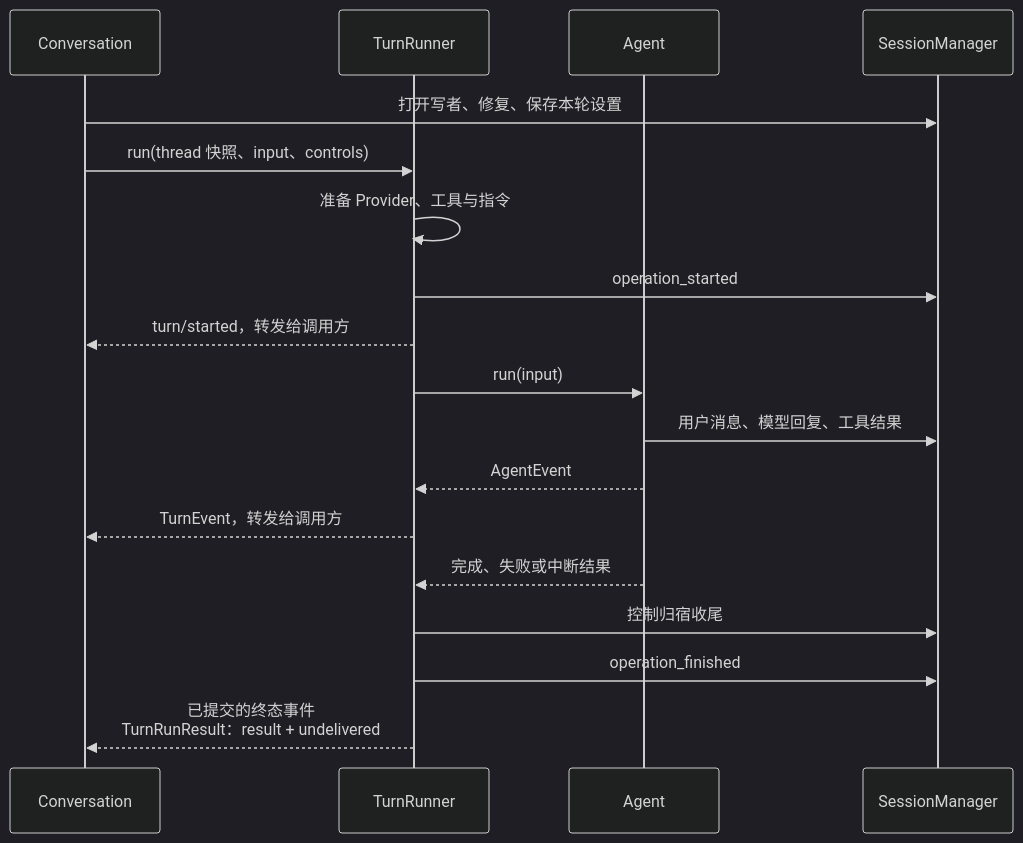
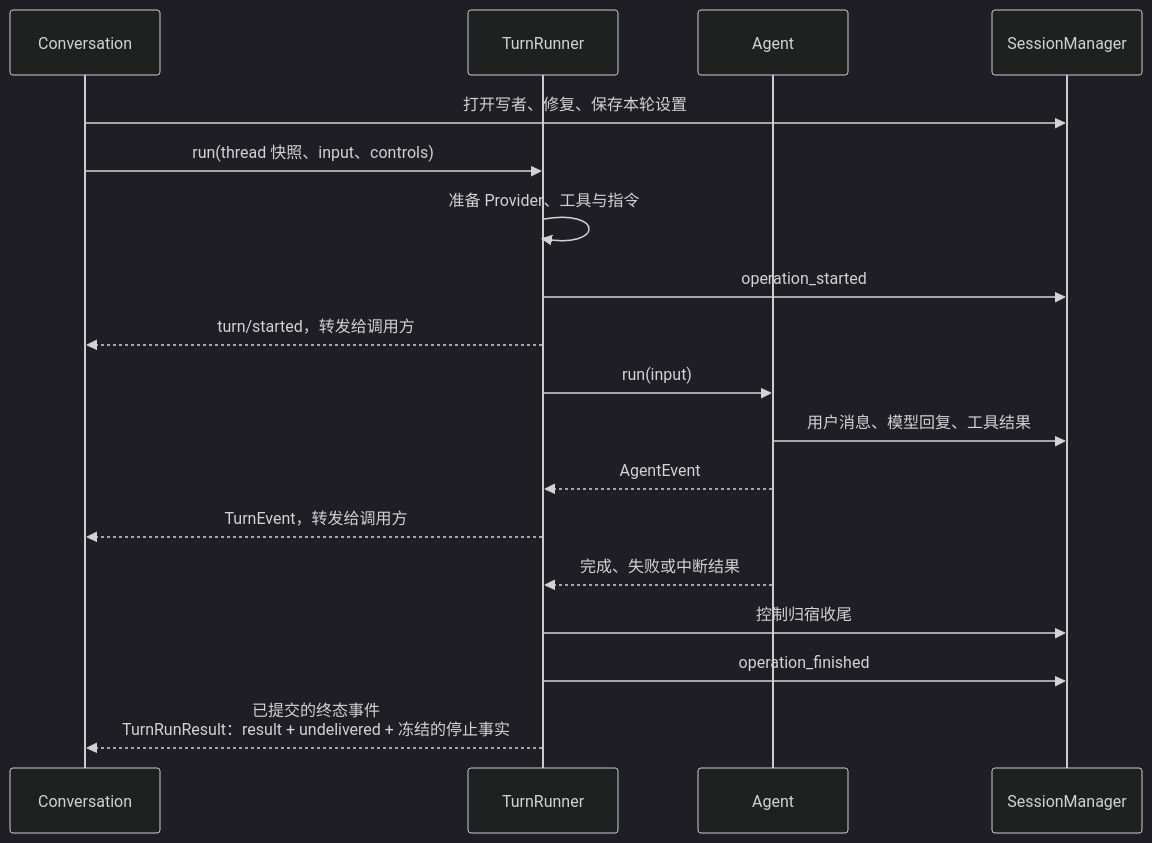
Before and after one commit to qjcnmd/singularity-agent: diagram 13 of 29 in docs/singularity.md, drawn with Mermaid (dark theme). The commit also changed other lines of this file and 28 other files, not shown here.

````diff
--- a/docs/singularity.md
+++ b/docs/singularity.md
@@ -351,20 +351,20 @@
 ```mermaid
 sequenceDiagram
     participant Conv as Conversation
     participant Runner as TurnRunner
     participant Agent as Agent
     participant Log as SessionManager
     Conv->>Log: 打开写者、修复、保存本轮设置
     Conv->>Runner: run(thread 快照、input、controls)
     Runner->>Runner: 准备 Provider、工具与指令
     Runner->>Log: operation_started
     Runner-->>Conv: turn/started，转发给调用方
     Runner->>Agent: run(input)
     Agent->>Log: 用户消息、模型回复、工具结果
     Agent-->>Runner: AgentEvent
     Runner-->>Conv: TurnEvent，转发给调用方
     Agent-->>Runner: 完成、失败或中断结果
     Runner->>Log: 控制归宿收尾
     Runner->>Log: operation_finished
-    Runner-->>Conv: 已提交的终态事件<br/>TurnRunResult：result + undelivered
+    Runner-->>Conv: 已提交的终态事件<br/>TurnRunResult：result + undelivered + 冻结的停止事实
 ```
````
